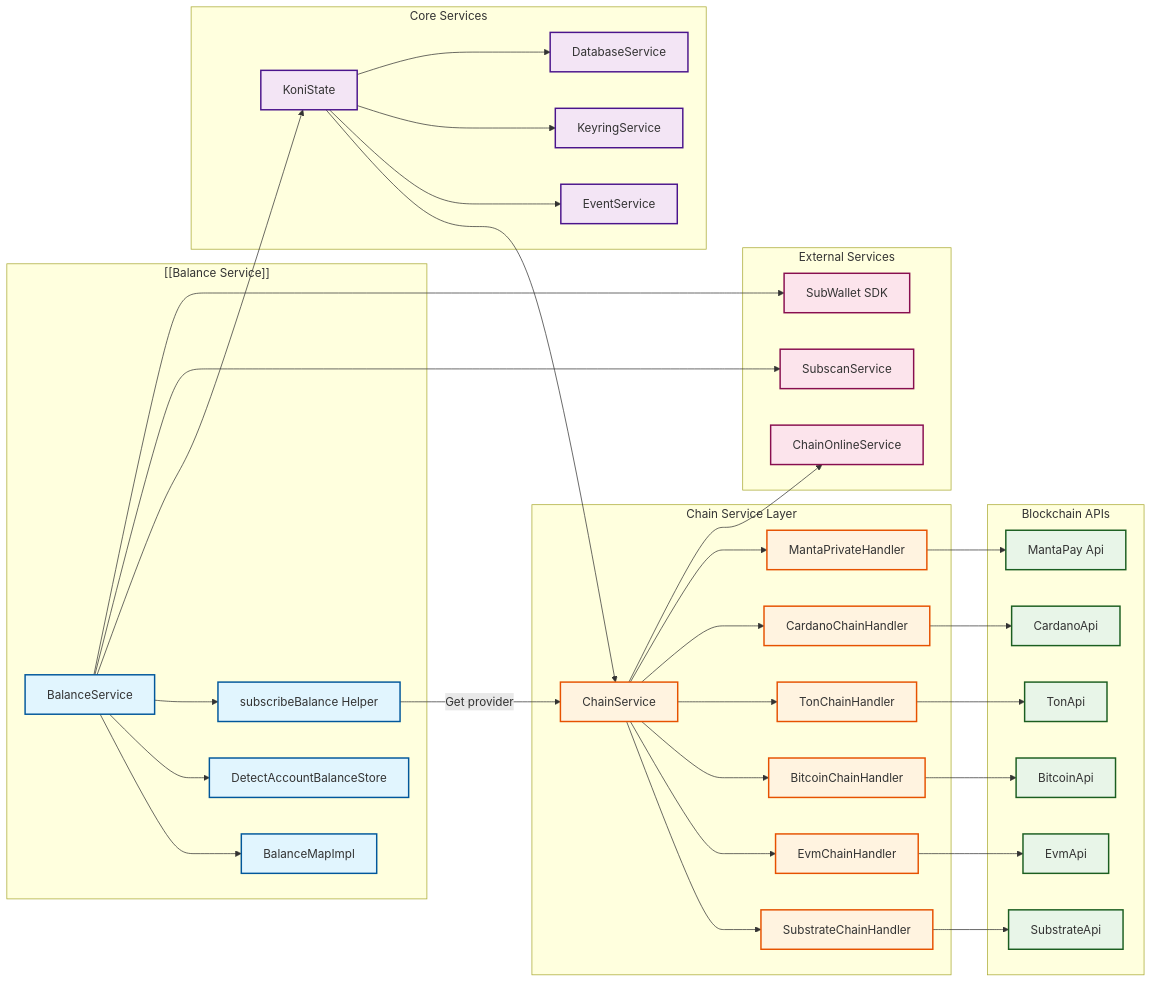
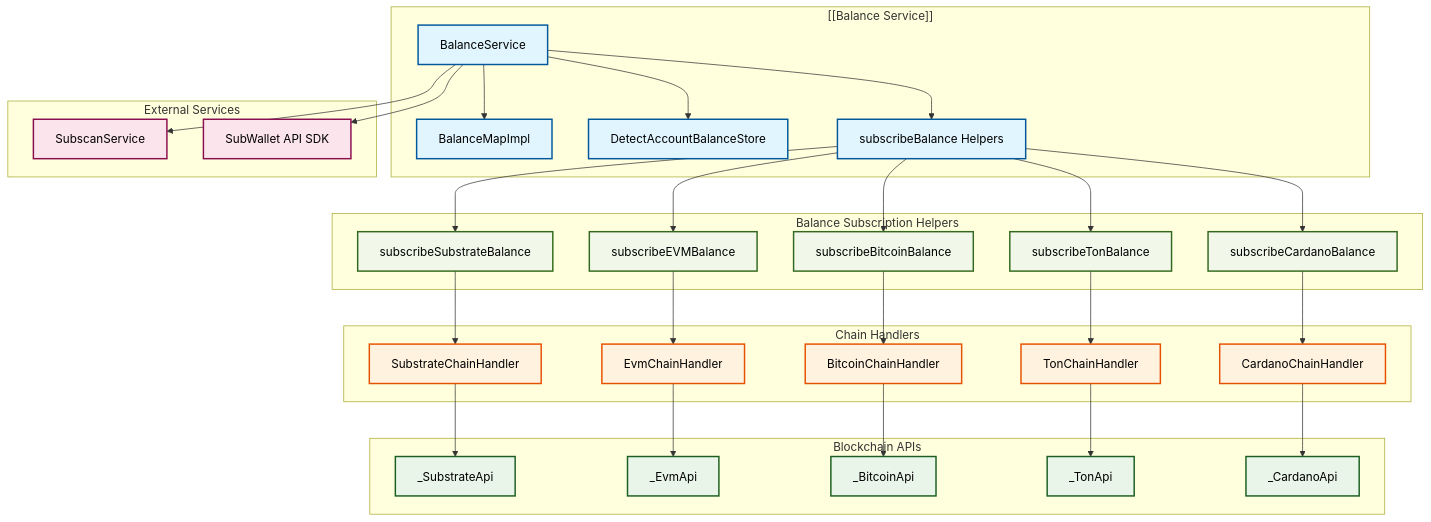
The first of 5 diagrams in packages/extension-base/src/services/balance-service/README.md (Koniverse/SubWallet-Extension), drawn with Mermaid before and after one commit.

Commit message:
[DOCS] Update README for balance service

````diff
--- a/packages/extension-base/src/services/balance-service/README.md
+++ b/packages/extension-base/src/services/balance-service/README.md
@@ -11,83 +11,80 @@
 ```mermaid
-graph LR
+graph TB
     subgraph "[[Balance Service]]"
         BS[BalanceService]
         BMI[BalanceMapImpl]
         DABS[DetectAccountBalanceStore]
-        SB[subscribeBalance Helper]
+        SH[subscribeBalance Helpers]
     end
     
-    subgraph "Core Services"
-        KS[KoniState]
-        ES[EventService]
-        KRS[KeyringService]
-        DBS[DatabaseService]
-    end
-    
-    subgraph "Chain Service Layer"
-        CS[ChainService]
-        SH[SubstrateChainHandler]
-        EH[EvmChainHandler]
-        BH[BitcoinChainHandler]
-        TH[TonChainHandler]
-        CH[CardanoChainHandler]
-        MH[MantaPrivateHandler]
+    subgraph "Chain Handlers"
+        SCH[SubstrateChainHandler]
+        ECH[EvmChainHandler]
+        BCH[BitcoinChainHandler]
+        TCH[TonChainHandler]
+        CCH[CardanoChainHandler]
     end
     
     subgraph "Blockchain APIs"
-        SAPI[SubstrateApi]
-        EAPI[EvmApi]
-        BAPI[BitcoinApi]
-        TAPI[TonApi]
-        CAPI[CardanoApi]
-        MAPI[MantaPay Api]
+        SA[_SubstrateApi]
+        EA[_EvmApi]
+        BA[_BitcoinApi]
+        TA[_TonApi]
+        CA[_CardanoApi]
     end
     
     subgraph "External Services"
-        SSS[SubscanService]
-        SDK[SubWallet SDK]
-        COS[ChainOnlineService]
+        SubS[SubscanService]
+        SDK[SubWallet API SDK]
     end
     
+    subgraph "Balance Subscription Helpers"
+        SSB[subscribeSubstrateBalance]
+        SEB[subscribeEVMBalance]
+        SBB[subscribeBitcoinBalance]
+        STB[subscribeTonBalance]
+        SCB[subscribeCardanoBalance]
+    end
+    
+    %% Balance Service relationships
     BS --> BMI
     BS --> DABS
-    BS --> SB
-    BS --> KS
+    BS --> SH
     
-    KS --> CS
-    KS --> ES
-    KS --> KRS
-    KS --> DBS
+    %% Chain handlers to APIs
+    SCH --> SA
+    ECH --> EA
+    BCH --> BA
+    TCH --> TA
+    CCH --> CA
     
-    CS --> SH
-    CS --> EH
-    CS --> BH
-    CS --> TH
-    CS --> CH
-    CS --> MH
+    %% External service connections
+    BS --> SubS
+    BS --> SDK
     
-    SH --> SAPI
-    EH --> EAPI
-    BH --> BAPI
-    TH --> TAPI
-    CH --> CAPI
-    MH --> MAPI
+    %% Subscription helper routing
+    SH --> SSB
+    SH --> SEB
+    SH --> SBB
+    SH --> STB
+    SH --> SCB
     
-    BS --> SSS
-    BS --> SDK
-    CS --> COS
+    %% Helper connections to APIs via chain handlers
+    SSB --> SCH
+    SEB --> ECH
+    SBB --> BCH
+    STB --> TCH
+    SCB --> CCH
     
-    SB --"Get provider"--> CS
+    classDef serviceClass fill:#e1f5fe,stroke:#01579b,stroke-width:2px,color:#000
+    classDef chainClass fill:#fff3e0,stroke:#e65100,stroke-width:2px,color:#000
+    classDef apiClass fill:#e8f5e8,stroke:#1b5e20,stroke-width:2px,color:#000
+    classDef externalClass fill:#fce4ec,stroke:#880e4f,stroke-width:2px,color:#000
+    classDef helperClass fill:#f1f8e9,stroke:#33691e,stroke-width:2px,color:#000
     
-    classDef serviceClass fill:#e1f5fe,stroke:#01579b,stroke-width:2px
-    classDef coreClass fill:#f3e5f5,stroke:#4a148c,stroke-width:2px
-    classDef chainClass fill:#fff3e0,stroke:#e65100,stroke-width:2px
-    classDef apiClass fill:#e8f5e8,stroke:#1b5e20,stroke-width:2px
-    classDef externalClass fill:#fce4ec,stroke:#880e4f,stroke-width:2px
-    
-    class BS,BMI,DABS,SB serviceClass
-    class KS,ES,KRS,DBS coreClass
-    class CS,SH,EH,BH,TH,CH,MH chainClass
-    class SAPI,EAPI,BAPI,TAPI,CAPI,MAPI apiClass
-    class SSS,SDK,COS externalClass
+    class BS,BMI,DABS,SH serviceClass
+    class SCH,ECH,BCH,TCH,CCH chainClass
+    class SA,EA,BA,TA,CA apiClass
+    class SubS,SDK externalClass
+    class SSB,SEB,SBB,STB,SCB helperClass
 ```
````
